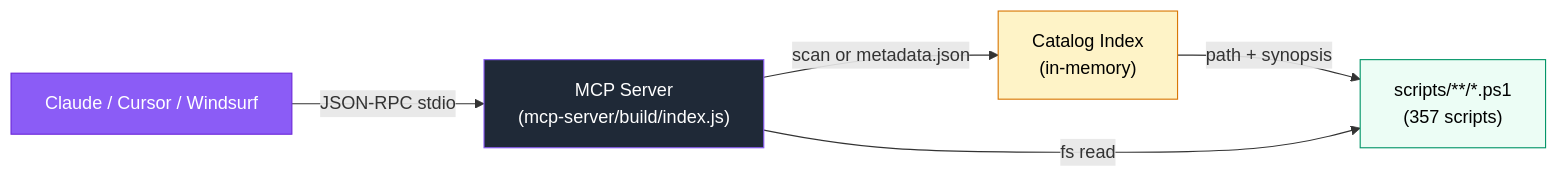
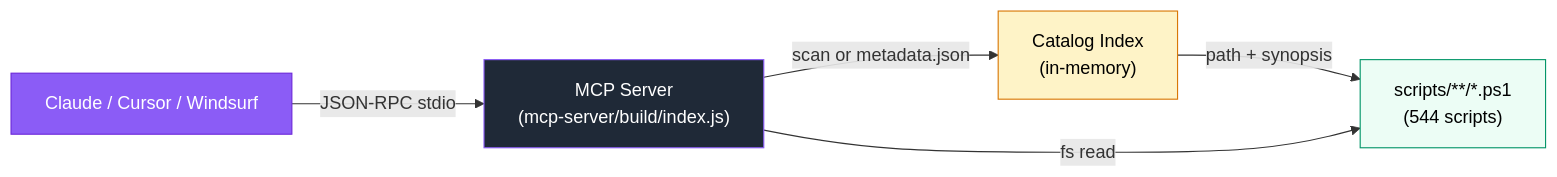
Before and after one commit to Carme99/bug-free-umbrella: the diagram in docs/MCP-Server.md, drawn with Mermaid. The commit also changed other lines of this file and 19 other files, not shown here.

````diff
--- a/docs/MCP-Server.md
+++ b/docs/MCP-Server.md
@@ -22,12 +22,12 @@
 ```mermaid
 flowchart LR
     Claude["Claude / Cursor / Windsurf"] -->|JSON-RPC stdio| MCP["MCP Server<br/>(mcp-server/build/index.js)"]
     MCP -->|scan or metadata.json| Catalog["Catalog Index<br/>(in-memory)"]
-    Catalog -->|path + synopsis| Scripts["scripts/**/*.ps1<br/>(357 scripts)"]
+    Catalog -->|path + synopsis| Scripts["scripts/**/*.ps1<br/>(544 scripts)"]
     MCP -->|fs read| Scripts
 
     style Claude fill:#8B5CF6,stroke:#6D28D9,color:#fff
     style MCP fill:#1F2937,stroke:#8B5CF6,color:#fff
     style Catalog fill:#FEF3C7,stroke:#D97706,color:#000
     style Scripts fill:#ECFDF5,stroke:#059669,color:#000
 ```
````
